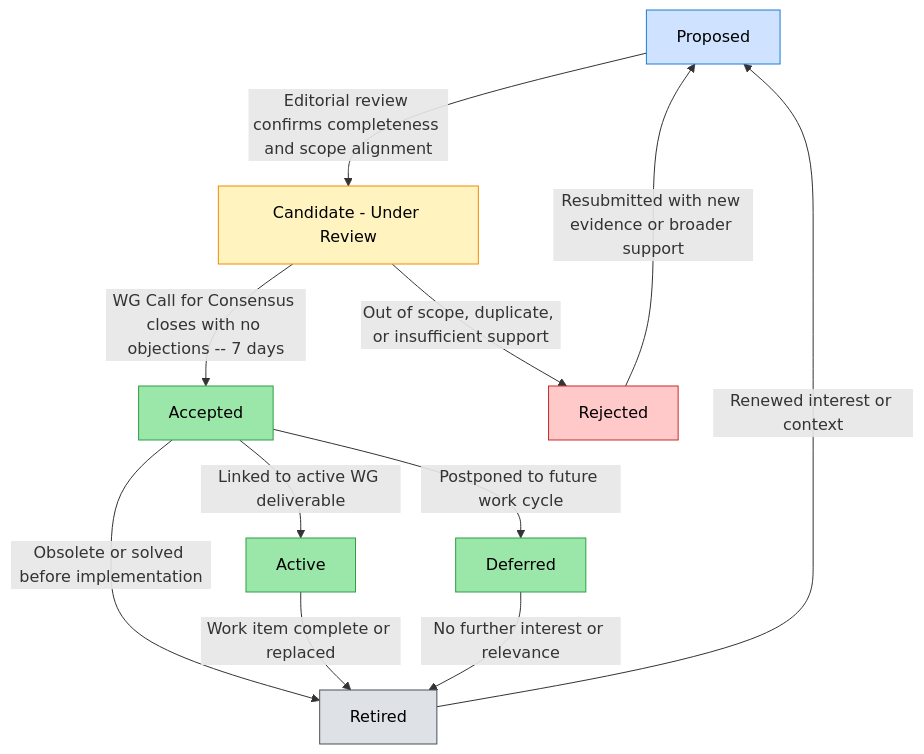
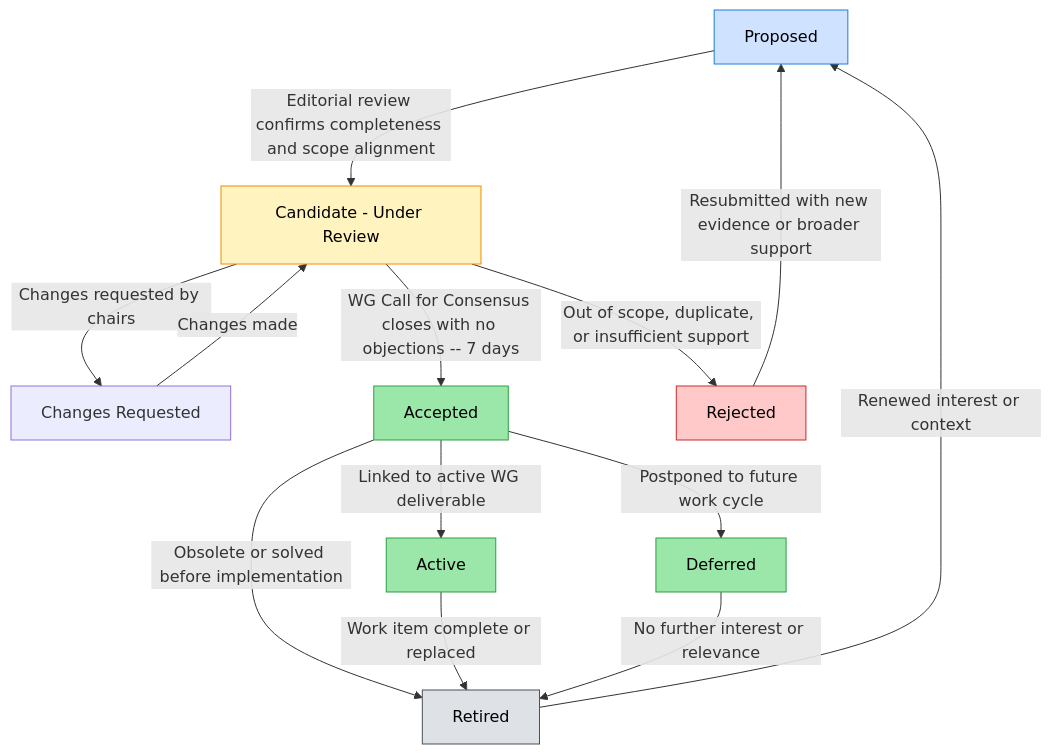
The diagram in work_items/use_cases/GOVERNANCE.md (decentralized-identity/trusted-ai-agents), drawn with Mermaid before and after one commit.

Commit message:
Enhance governance flowchart with new steps
Added additional flowchart steps for governance process.

````diff
--- a/work_items/use_cases/GOVERNANCE.md
+++ b/work_items/use_cases/GOVERNANCE.md
@@ -44,26 +44,28 @@
 ```mermaid
 flowchart TD
     A[Proposed] -->|Editorial review confirms completeness and scope alignment| B[Candidate - Under Review]
+    B -->|Changes requested by chairs| B1[Changes Requested]
+    B1 -->|Changes made| B
     B -->|WG Call for Consensus closes with no objections -- 7 days| C[Accepted]
     B -->|Out of scope, duplicate, or insufficient support| D[Rejected]
     C -->|Linked to active WG deliverable| E[Active]
     C -->|Postponed to future work cycle| F[Deferred]
     C -->|Obsolete or solved before implementation| G[Retired]
     E -->|Work item complete or replaced| G
     F -->|No further interest or relevance| G
     D -->|Resubmitted with new evidence or broader support| A
     G -->|Renewed interest or context| A
 
     classDef accepted fill:#9be7a9,stroke:#2f9e44,color:#000;
     classDef review fill:#fff3bf,stroke:#f08c00,color:#000;
     classDef rejected fill:#ffc9c9,stroke:#c92a2a,color:#000;
     classDef retired fill:#dee2e6,stroke:#495057,color:#000;
     classDef proposed fill:#cfe2ff,stroke:#1c7ed6,color:#000;
 
     class A proposed
     class B review
     class C accepted
     class D rejected
     class E,F accepted
     class G retired
 ```
````
